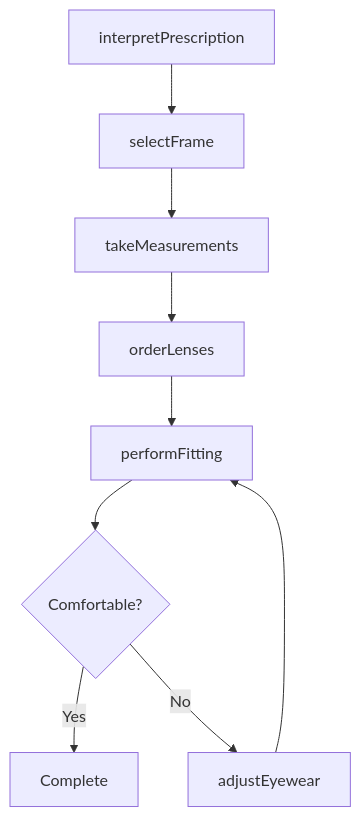
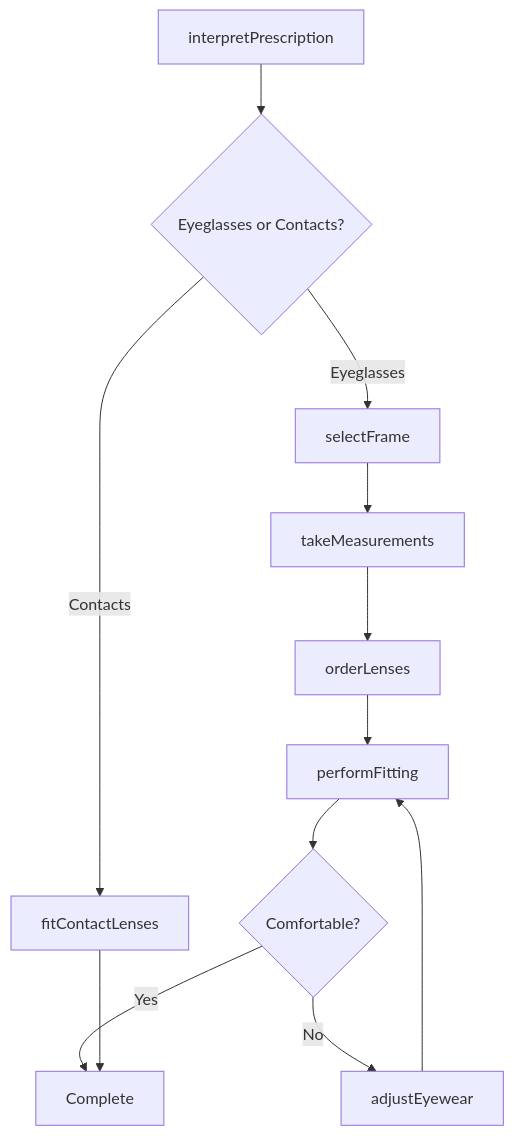
One commit to dot-org-ai/tasks.org.ai changed the third of 4 diagrams in AssistingAndCaringForOthers/FitAssistiveDevicesToPatientsOrClients/FitEyeglassesContactLensesVision.mdx. Above: the diagram before and after it, drawn with Mermaid. The commit also changed other lines of this file and 504 other files, not shown here.

First line of the commit message:
feat: Add ER diagrams, state diagrams, and workflow improvements to 96 DWA task files

````diff
--- a/AssistingAndCaringForOthers/FitAssistiveDevicesToPatientsOrClients/FitEyeglassesContactLensesVision.mdx
+++ b/AssistingAndCaringForOthers/FitAssistiveDevicesToPatientsOrClients/FitEyeglassesContactLensesVision.mdx
@@ -86,11 +115,14 @@
 ```mermaid
 graph TD
-    A[interpretPrescription] --> B[selectFrame]
-    B --> C[takeMeasurements]
-    C --> D[orderLenses]
-    D --> E[performFitting]
-    E --> F{Comfortable?}
-    F -->|Yes| G[Complete]
-    F -->|No| H[adjustEyewear]
-    H --> E
+    A[interpretPrescription] --> B{Eyeglasses or Contacts?}
+    B -->|Eyeglasses| C[selectFrame]
+    B -->|Contacts| I[fitContactLenses]
+    C --> D[takeMeasurements]
+    D --> E[orderLenses]
+    E --> F[performFitting]
+    F --> G{Comfortable?}
+    G -->|Yes| H[Complete]
+    G -->|No| J[adjustEyewear]
+    J --> F
+    I --> H
 ```
````
